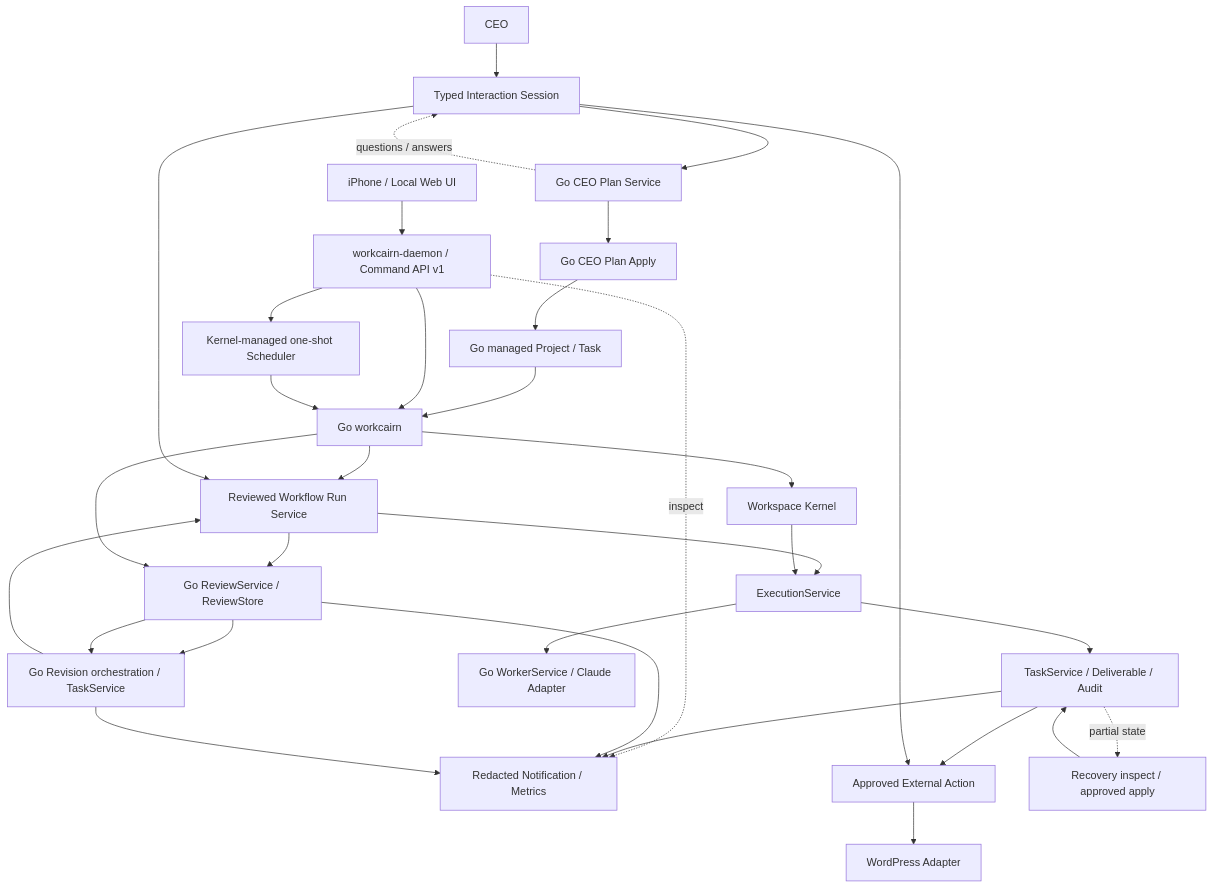
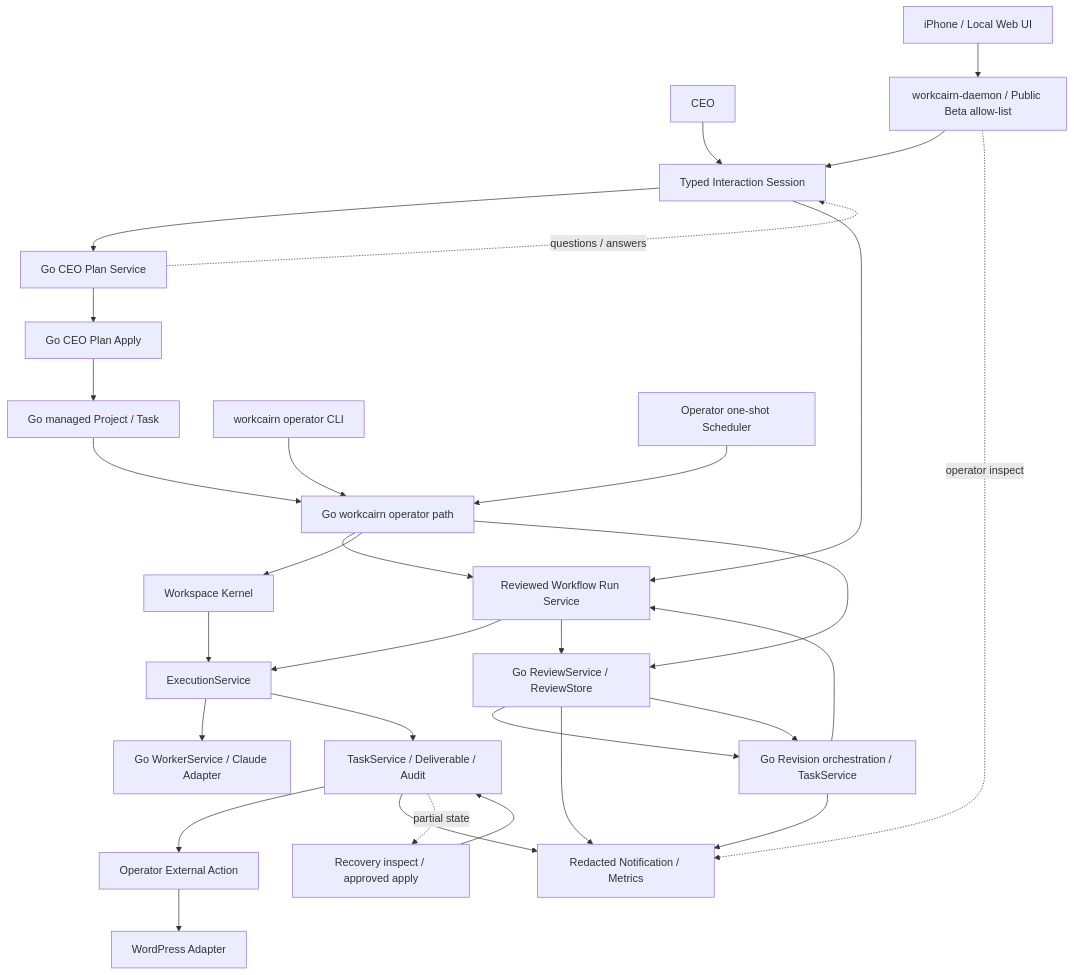
The diagram in docs/architecture.mmd (AkiraShimizu0/WorkCairn), drawn with Mermaid before and after one commit. The commit also changed 13 other files, not shown here.

Commit message:
feat: restrict public beta daemon to the reviewed interaction product path

```diff
--- a/docs/architecture.mmd
+++ b/docs/architecture.mmd
@@ -1,32 +1,31 @@
 flowchart TD
     CEO["CEO"] --> Interaction["Typed Interaction Session"]
     Interaction --> CEOPlan["Go CEO Plan Service"]
     CEOPlan -. questions / answers .-> Interaction
     CEOPlan --> CEOApply["Go CEO Plan Apply"]
     CEOApply --> Managed["Go managed Project / Task"]
-    Managed --> Run["Go workcairn"]
-    API["workcairn-daemon / Command API v1"] --> Run
+    Managed --> Run["Go workcairn operator path"]
+    API["workcairn-daemon / Public Beta allow-list"] --> Interaction
     Mobile["iPhone / Local Web UI"] --> API
-    API --> Scheduler["Kernel-managed one-shot Scheduler"]
-    Scheduler --> Run
-    API -. inspect .-> Observe["Redacted Notification / Metrics"]
+    CLI["workcairn operator CLI"] --> Run
+    Scheduler["Operator one-shot Scheduler"] --> Run
+    API -. operator inspect .-> Observe["Redacted Notification / Metrics"]
     Run --> WorkflowRun["Reviewed Workflow Run Service"]
     Interaction --> WorkflowRun
     WorkflowRun --> Execution
     WorkflowRun --> Review
     Review --> Revision
     Revision --> WorkflowRun
     Run --> Kernel["Workspace Kernel"]
     Kernel --> Execution["ExecutionService"]
     Execution --> GoWorker["Go WorkerService / Claude Adapter"]
     Execution --> Task["TaskService / Deliverable / Audit"]
-    Task --> Action["Approved External Action"]
-    Interaction --> Action
+    Task --> Action["Operator External Action"]
     Action --> WordPress["WordPress Adapter"]
     Task --> Observe
     Review --> Observe
     Revision --> Observe
     Task -. partial state .-> Recovery["Recovery inspect / approved apply"]
     Recovery --> Task
     Run --> Review["Go ReviewService / ReviewStore"]
     Review --> Revision["Go Revision orchestration / TaskService"]
```
